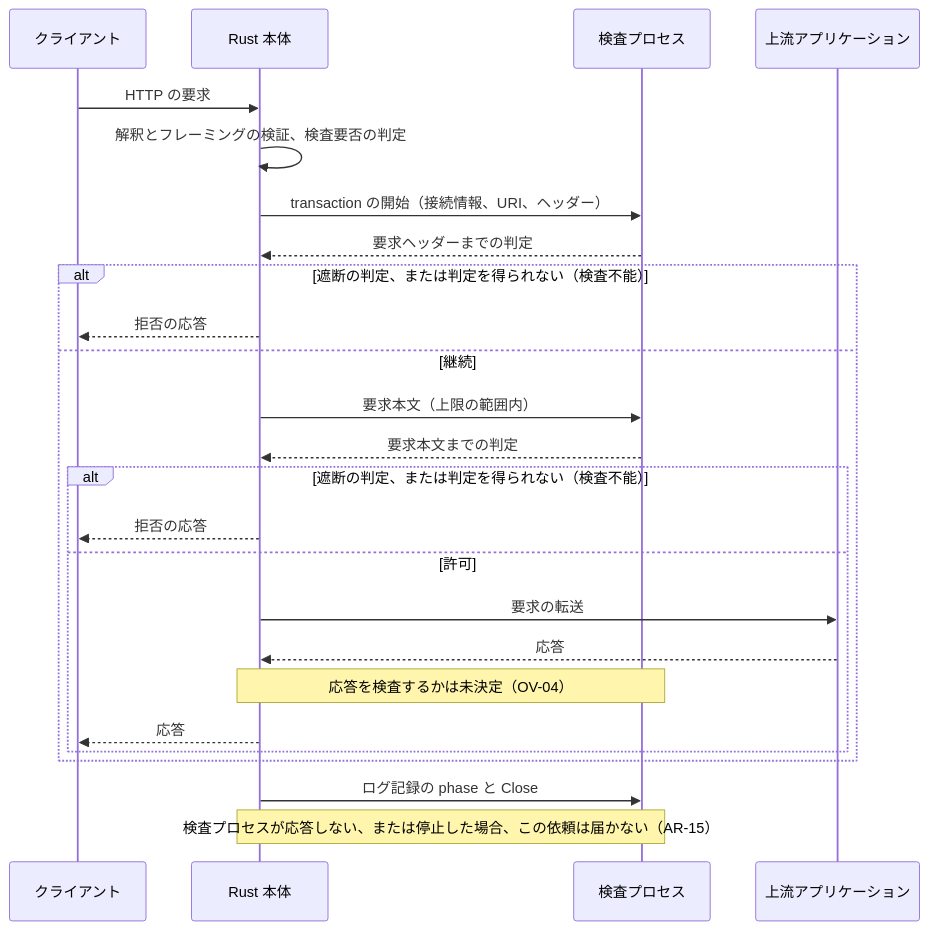
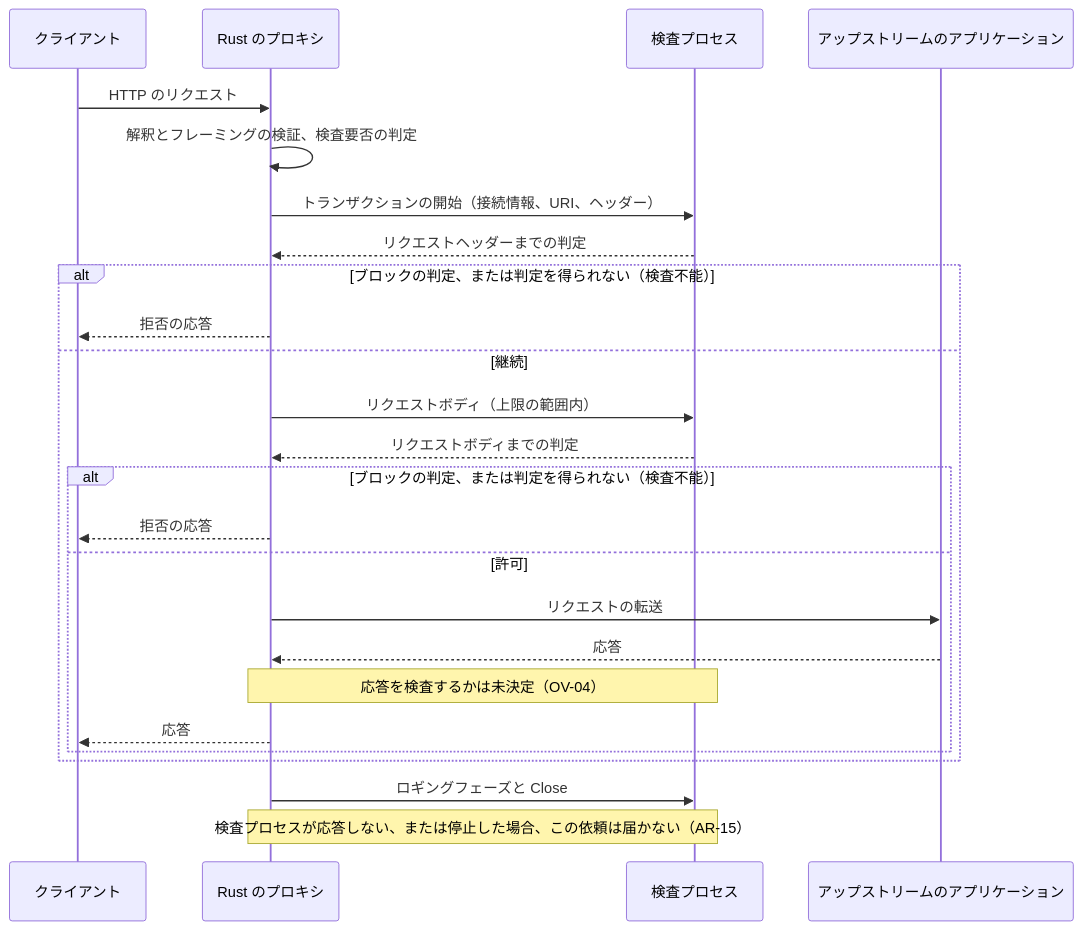
Before and after one commit to vril-dev/tukuyomi-core: the second of 2 diagrams in docs/detailed-design/00_overview/architecture.md, drawn with Mermaid. The commit also changed other lines of this file and 2 other files, not shown here.

````diff
--- a/docs/detailed-design/00_overview/architecture.md
+++ b/docs/detailed-design/00_overview/architecture.md
@@ -116,27 +116,27 @@
 ```mermaid
 sequenceDiagram
     participant C as クライアント
-    participant R as Rust 本体
+    participant R as Rust のプロキシ
     participant I as 検査プロセス
-    participant U as 上流アプリケーション
-    C->>R: HTTP の要求
+    participant U as アップストリームのアプリケーション
+    C->>R: HTTP のリクエスト
     R->>R: 解釈とフレーミングの検証、検査要否の判定
-    R->>I: transaction の開始（接続情報、URI、ヘッダー）
-    I-->>R: 要求ヘッダーまでの判定
-    alt 遮断の判定、または判定を得られない（検査不能）
+    R->>I: トランザクションの開始（接続情報、URI、ヘッダー）
+    I-->>R: リクエストヘッダーまでの判定
+    alt ブロックの判定、または判定を得られない（検査不能）
         R-->>C: 拒否の応答
     else 継続
-        R->>I: 要求本文（上限の範囲内）
-        I-->>R: 要求本文までの判定
-        alt 遮断の判定、または判定を得られない（検査不能）
+        R->>I: リクエストボディ（上限の範囲内）
+        I-->>R: リクエストボディまでの判定
+        alt ブロックの判定、または判定を得られない（検査不能）
             R-->>C: 拒否の応答
         else 許可
-            R->>U: 要求の転送
+            R->>U: リクエストの転送
             U-->>R: 応答
             Note over R,I: 応答を検査するかは未決定（OV-04）
             R-->>C: 応答
         end
     end
-    R->>I: ログ記録の phase と Close
+    R->>I: ロギングフェーズと Close
     Note over R,I: 検査プロセスが応答しない、または停止した場合、この依頼は届かない（AR-15）
 ```
````
